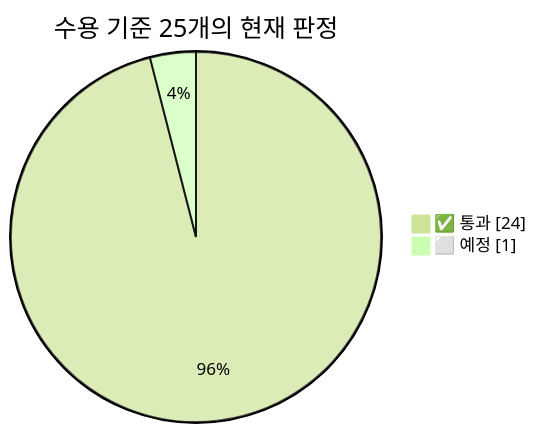
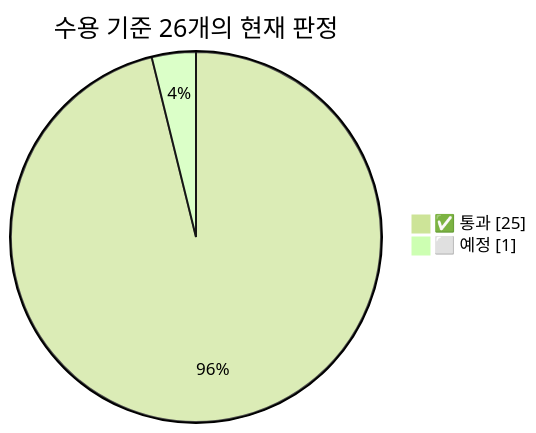
One commit to Youngmin17/TriCast changed the fourth of 6 diagrams in docs/SPEC.md. Above: the diagram before and after it, drawn with Mermaid (forest theme). The commit also changed other lines of this file and 3 other files, not shown here.

````diff
--- a/docs/SPEC.md
+++ b/docs/SPEC.md
@@ -453,6 +454,6 @@
 ```mermaid
 pie showData
-    title 수용 기준 25개의 현재 판정
-    "✅ 통과" : 24
+    title 수용 기준 26개의 현재 판정
+    "✅ 통과" : 25
     "⬜ 예정" : 1
 ```
````
